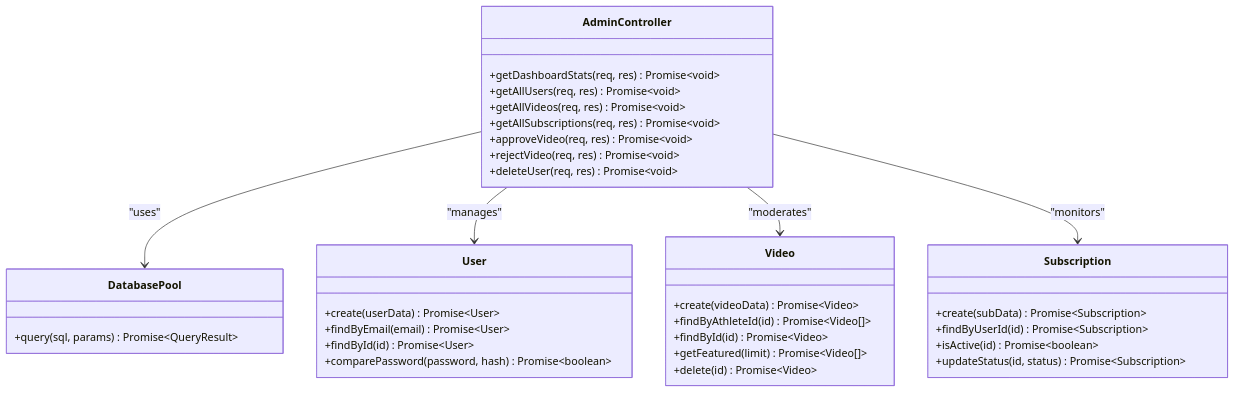
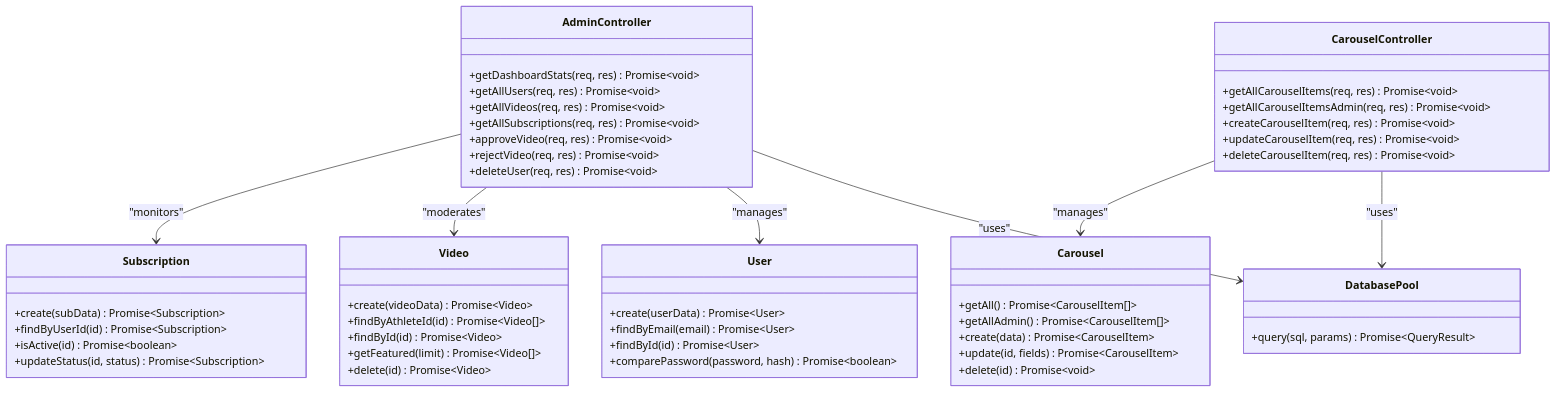
Before and after one commit to Alexandrexicara/craque-vision: the third of 10 diagrams in .qoder/repowiki/en/content/Backend API Documentation/Administrative Features.md, drawn with Mermaid. The commit also changed other lines of this file and 5 other files, not shown here.

````diff
--- a/.qoder/repowiki/en/content/Backend API Documentation/Administrative Features.md
+++ b/.qoder/repowiki/en/content/Backend API Documentation/Administrative Features.md
@@ -159,38 +186,54 @@
 ```mermaid
 classDiagram
 class AdminController {
 +getDashboardStats(req, res) Promise~void~
 +getAllUsers(req, res) Promise~void~
 +getAllVideos(req, res) Promise~void~
 +getAllSubscriptions(req, res) Promise~void~
 +approveVideo(req, res) Promise~void~
 +rejectVideo(req, res) Promise~void~
 +deleteUser(req, res) Promise~void~
+}
+class CarouselController {
++getAllCarouselItems(req, res) Promise~void~
++getAllCarouselItemsAdmin(req, res) Promise~void~
++createCarouselItem(req, res) Promise~void~
++updateCarouselItem(req, res) Promise~void~
++deleteCarouselItem(req, res) Promise~void~
 }
 class DatabasePool {
 +query(sql, params) Promise~QueryResult~
 }
 class User {
 +create(userData) Promise~User~
 +findByEmail(email) Promise~User~
 +findById(id) Promise~User~
 +comparePassword(password, hash) Promise~boolean~
 }
 class Video {
 +create(videoData) Promise~Video~
 +findByAthleteId(id) Promise~Video[]~
 +findById(id) Promise~Video~
 +getFeatured(limit) Promise~Video[]~
 +delete(id) Promise~Video~
 }
 class Subscription {
 +create(subData) Promise~Subscription~
 +findByUserId(id) Promise~Subscription~
 +isActive(id) Promise~boolean~
 +updateStatus(id, status) Promise~Subscription~
 }
+class Carousel {
++getAll() Promise~CarouselItem[]~
++getAllAdmin() Promise~CarouselItem[]~
++create(data) Promise~CarouselItem~
++update(id, fields) Promise~CarouselItem~
++delete(id) Promise~void~
+}
 AdminController --> DatabasePool : "uses"
 AdminController --> User : "manages"
 AdminController --> Video : "moderates"
 AdminController --> Subscription : "monitors"
+CarouselController --> DatabasePool : "uses"
+CarouselController --> Carousel : "manages"
 ```
````
